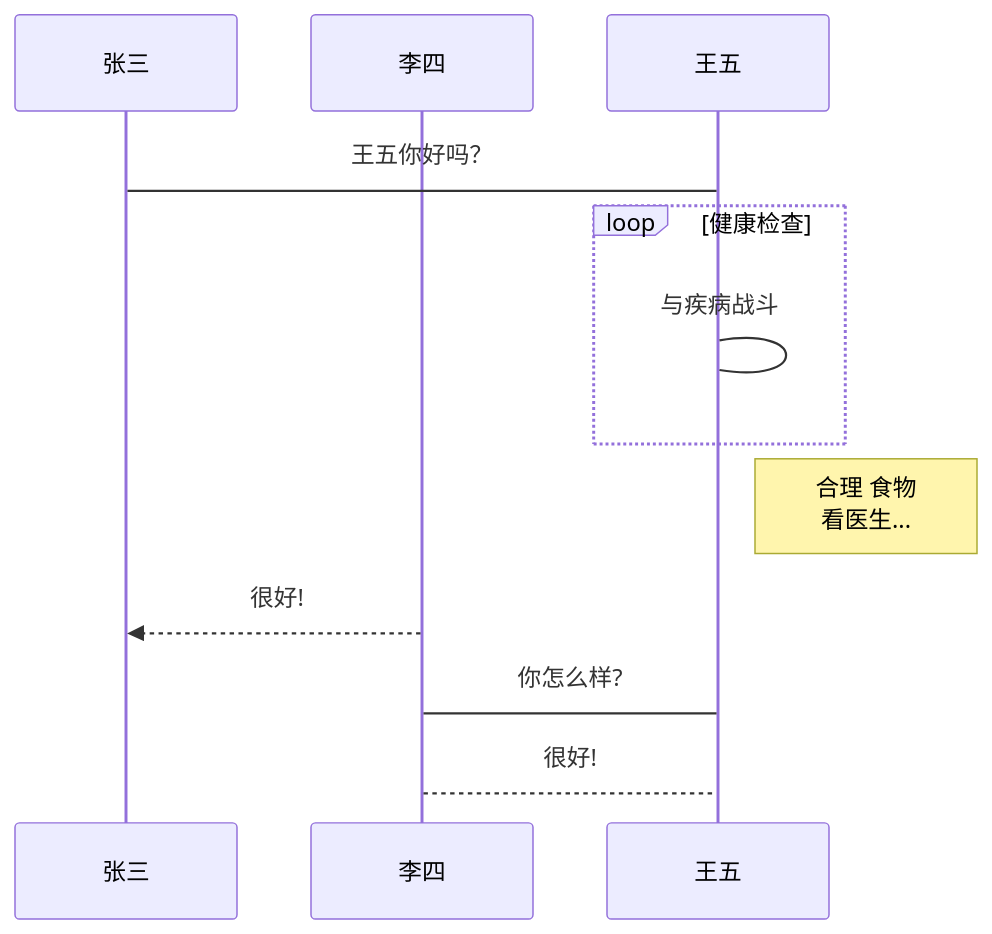
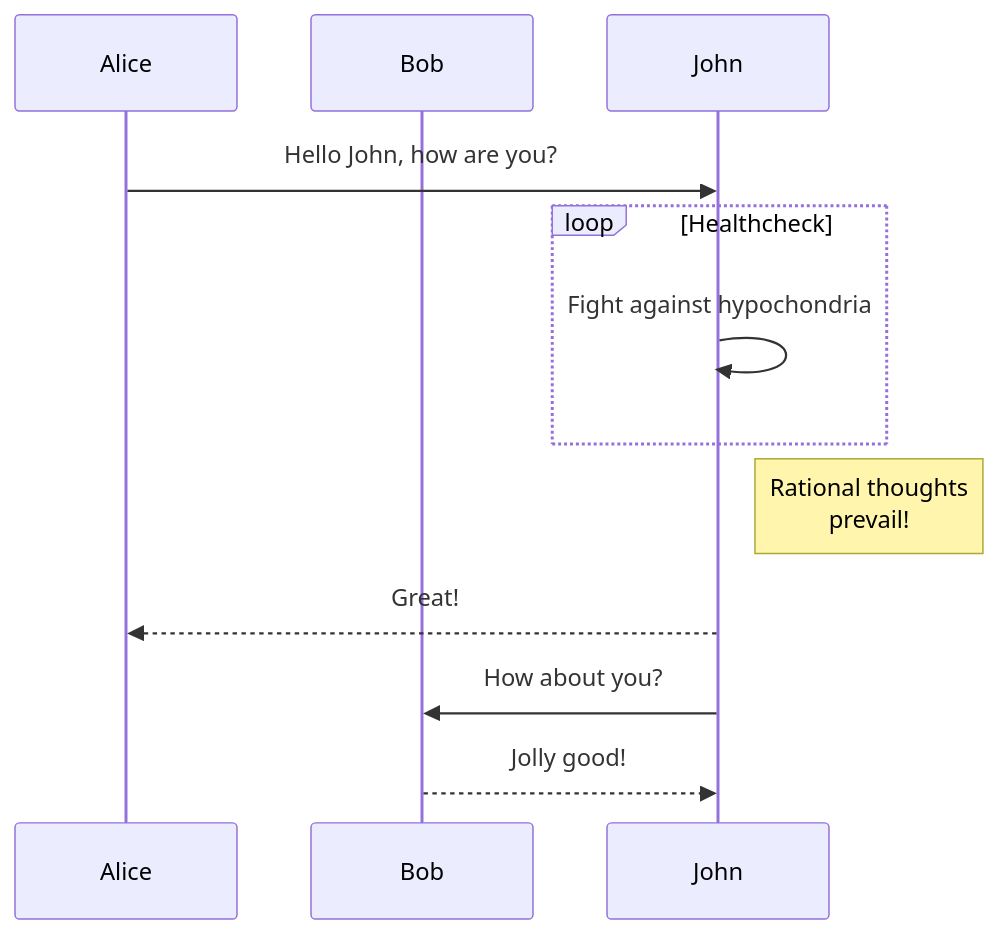
One commit to DavidZhiXing/Blog changed the sixth of 10 diagrams in typora绘图.md. Above: the diagram before and after it, drawn with Mermaid. The commit also changed other lines of this file and 1 other file, not shown here.

````diff
--- a/typora绘图.md
+++ b/typora绘图.md
@@ -69,14 +93,13 @@
 ```mermaid
-%% 时序图例子,-> 直线，-->虚线，->>实线箭头
-  sequenceDiagram
-    participant 张三
-    participant 李四
-    张三->王五: 王五你好吗？
-    loop 健康检查
-        王五->王五: 与疾病战斗
+sequenceDiagram
+    participant Alice
+    participant Bob
+    Alice->>John: Hello John, how are you?
+    loop Healthcheck
+        John->>John: Fight against hypochondria
     end
-    Note right of 王五: 合理 食物 <br/>看医生...
-    李四-->>张三: 很好!
-    王五->李四: 你怎么样?
-    李四-->王五: 很好!
+    Note right of John: Rational thoughts <br/>prevail!
+    John-->>Alice: Great!
+    John->>Bob: How about you?
+    Bob-->>John: Jolly good!
 ```
````
